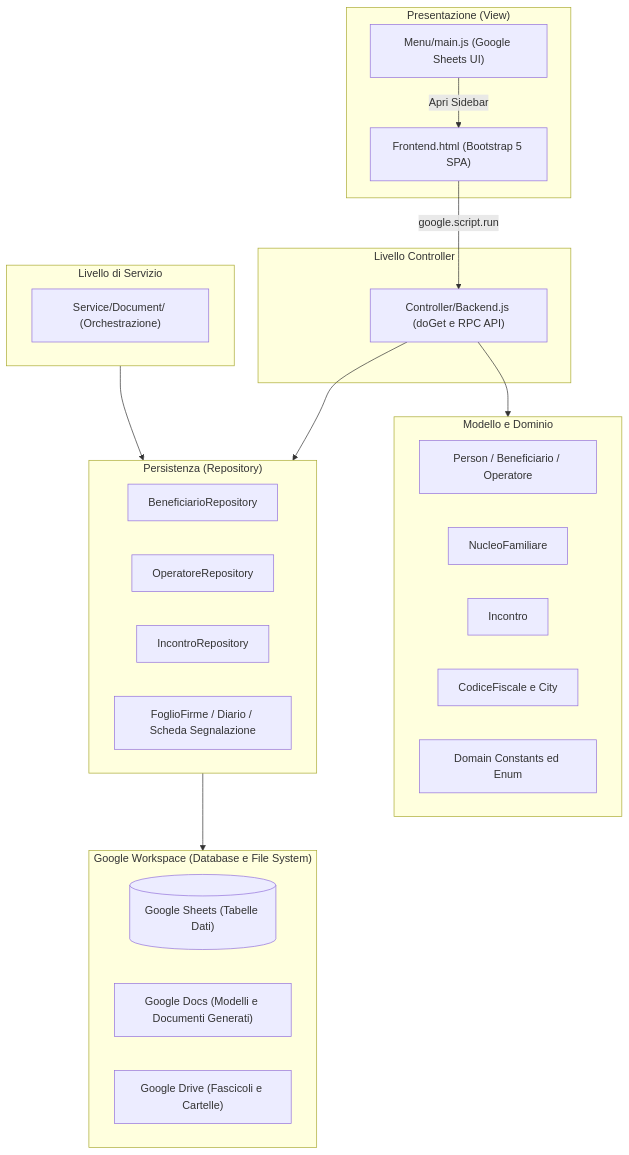
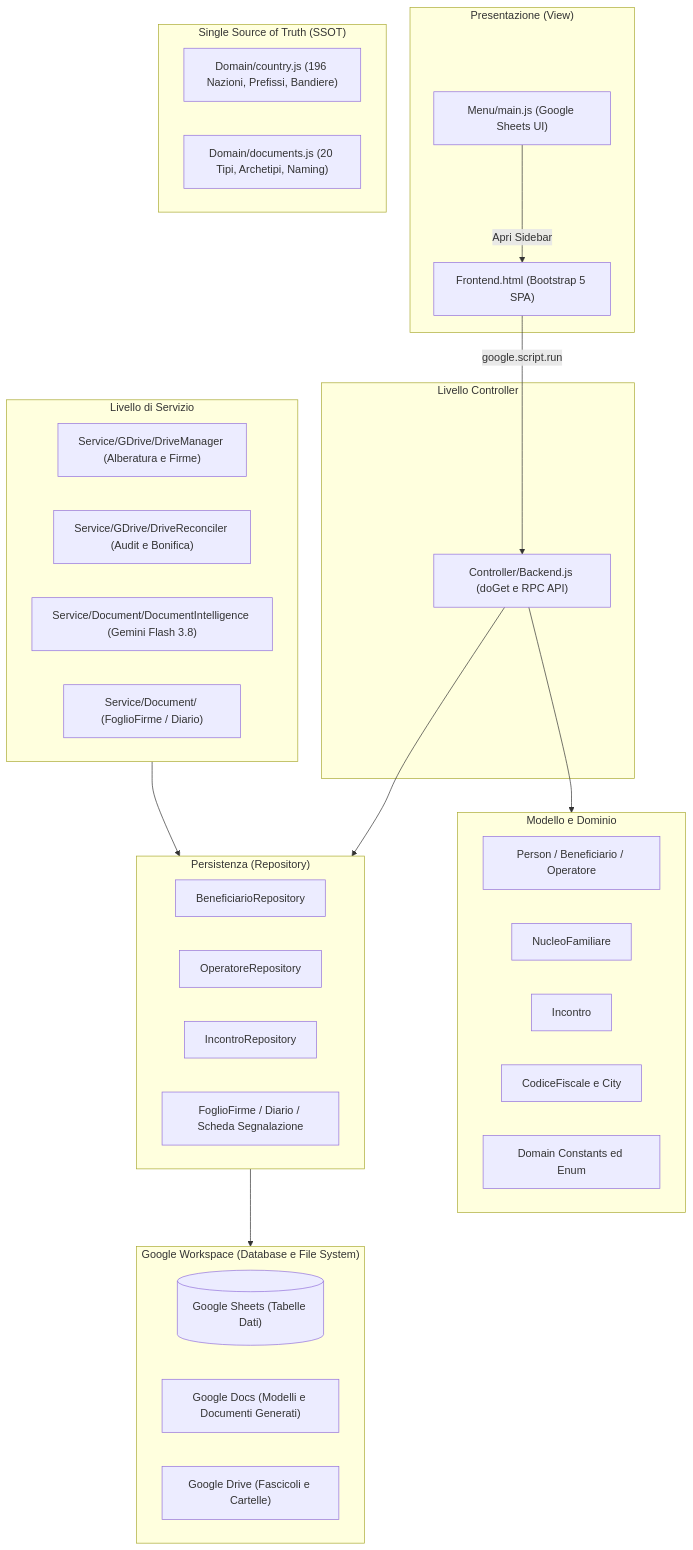
Before and after one commit to La-Bussola-dell-Abitare/gas-webapp: the diagram in README.md, drawn with Mermaid. The commit also changed other lines of this file and 21 other files, not shown here.

Commit message:
docs: complete architectural markdown documentation and update all UML diagrams

````diff
--- a/README.md
+++ b/README.md
@@ -140,43 +152,51 @@
 ```mermaid
 flowchart TD
     subgraph View ["Presentazione (View)"]
         UI["Frontend.html (Bootstrap 5 SPA)"]
         Sidebar["Menu/main.js (Google Sheets UI)"]
     end
 
     subgraph Controller ["Livello Controller"]
         Backend["Controller/Backend.js (doGet e RPC API)"]
     end
 
+    subgraph Domain ["Single Source of Truth (SSOT)"]
+        Countries["Domain/country.js (196 Nazioni, Prefissi, Bandiere)"]
+        Documents["Domain/documents.js (20 Tipi, Archetipi, Naming)"]
+    end
+
     subgraph Service ["Livello di Servizio"]
-        DocService["Service/Document/ (Orchestrazione)"]
+        DriveMgr["Service/GDrive/DriveManager (Alberatura e Firme)"]
+        DriveRec["Service/GDrive/DriveReconciler (Audit e Bonifica)"]
+        DocAI["Service/Document/DocumentIntelligence (Gemini Flash 3.8)"]
+        DocGen["Service/Document/ (FoglioFirme / Diario)"]
     end
 
     subgraph Model ["Modello e Dominio"]
         Person["Person / Beneficiario / Operatore"]
         Nucleo["NucleoFamiliare"]
         Incontro["Incontro"]
         CF["CodiceFiscale e City"]
         Constants["Domain Constants ed Enum"]
     end
 
     subgraph Repository ["Persistenza (Repository)"]
         BenRepo["BeneficiarioRepository"]
         OpRepo["OperatoreRepository"]
         IncRepo["IncontroRepository"]
         DocRepo["FoglioFirme / Diario / Scheda Segnalazione"]
     end
 
     subgraph Storage ["Google Workspace (Database e File System)"]
         GSheets[("Google Sheets (Tabelle Dati)")]
         GDocs["Google Docs (Modelli e Documenti Generati)"]
         GDrive["Google Drive (Fascicoli e Cartelle)"]
     end
 
     UI -->|"google.script.run"| Backend
     Sidebar -->|"Apri Sidebar"| UI
     Backend --> Model
     Backend --> Repository
     Service --> Repository
     Repository --> Storage
 ```
````
